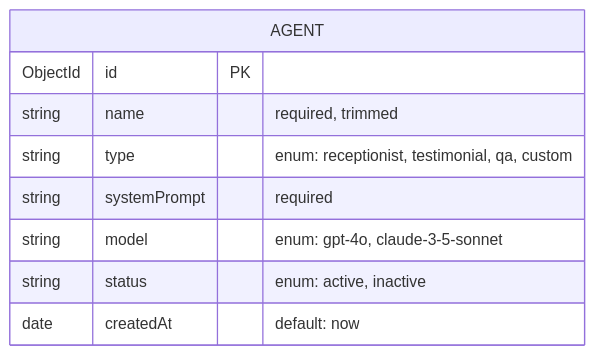
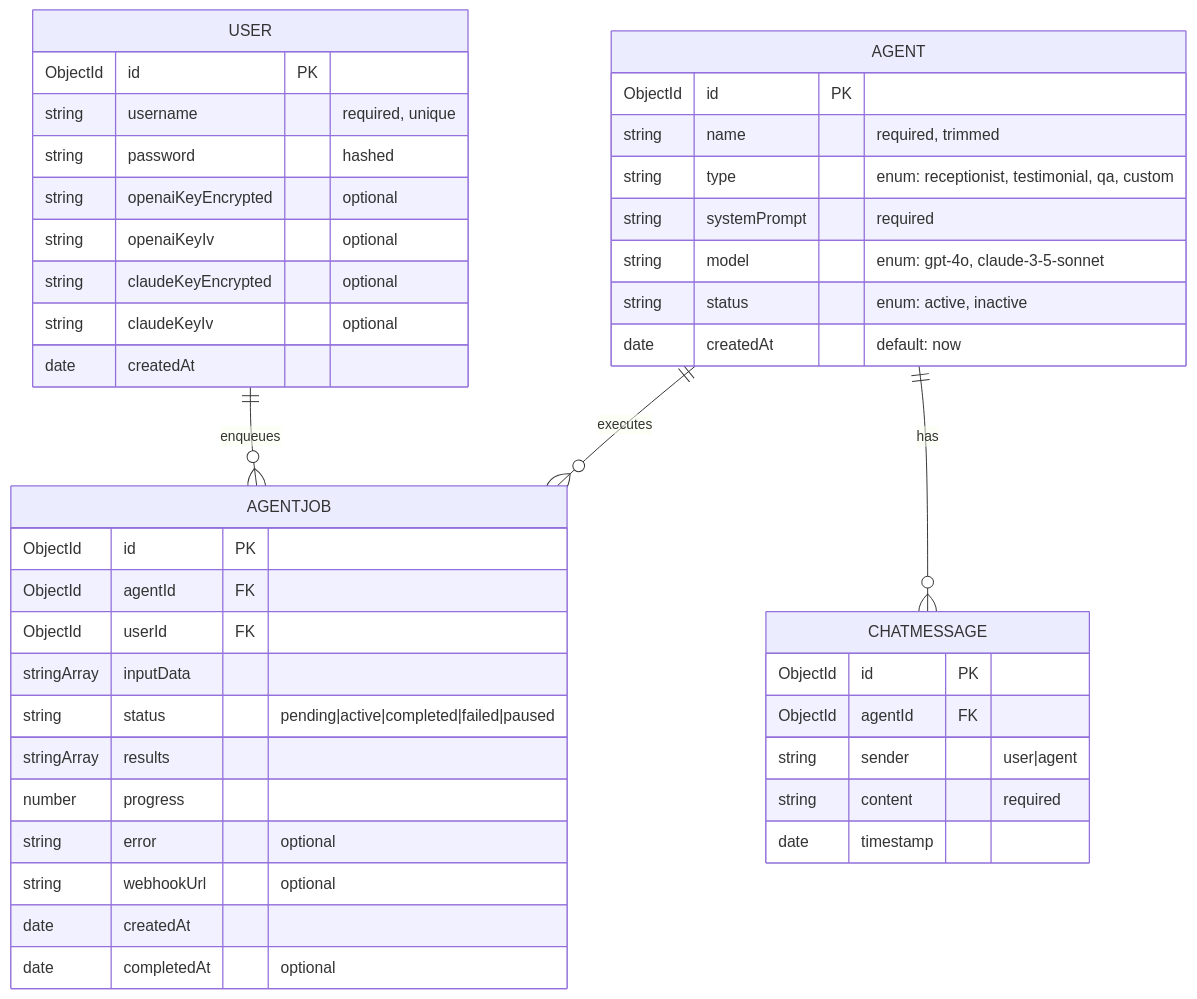
One commit to nandakumar-nandu/AgentForge changed the sixth of 6 diagrams in README.md. Above: the diagram before and after it, drawn with Mermaid. The commit also changed other lines of this file and 9 other files, not shown here.

````diff
--- a/README.md
+++ b/README.md
@@ -164,12 +164,45 @@
 ```mermaid
 erDiagram
+    USER {
+        ObjectId id PK
+        string username "required, unique"
+        string password "hashed"
+        string openaiKeyEncrypted "optional"
+        string openaiKeyIv "optional"
+        string claudeKeyEncrypted "optional"
+        string claudeKeyIv "optional"
+        date createdAt
+    }
     AGENT {
         ObjectId id PK
         string name "required, trimmed"
         string type "enum: receptionist, testimonial, qa, custom"
         string systemPrompt "required"
         string model "enum: gpt-4o, claude-3-5-sonnet"
         string status "enum: active, inactive"
         date createdAt "default: now"
     }
+    CHATMESSAGE {
+        ObjectId id PK
+        ObjectId agentId FK
+        string sender "user|agent"
+        string content "required"
+        date timestamp
+    }
+    AGENTJOB {
+        ObjectId id PK
+        ObjectId agentId FK
+        ObjectId userId FK
+        stringArray inputData
+        string status "pending|active|completed|failed|paused"
+        stringArray results
+        number progress
+        string error "optional"
+        string webhookUrl "optional"
+        date createdAt
+        date completedAt "optional"
+    }
+    USER ||--o{ AGENTJOB : enqueues
+    AGENT ||--o{ CHATMESSAGE : has
+    AGENT ||--o{ AGENTJOB : executes
 ```
````
